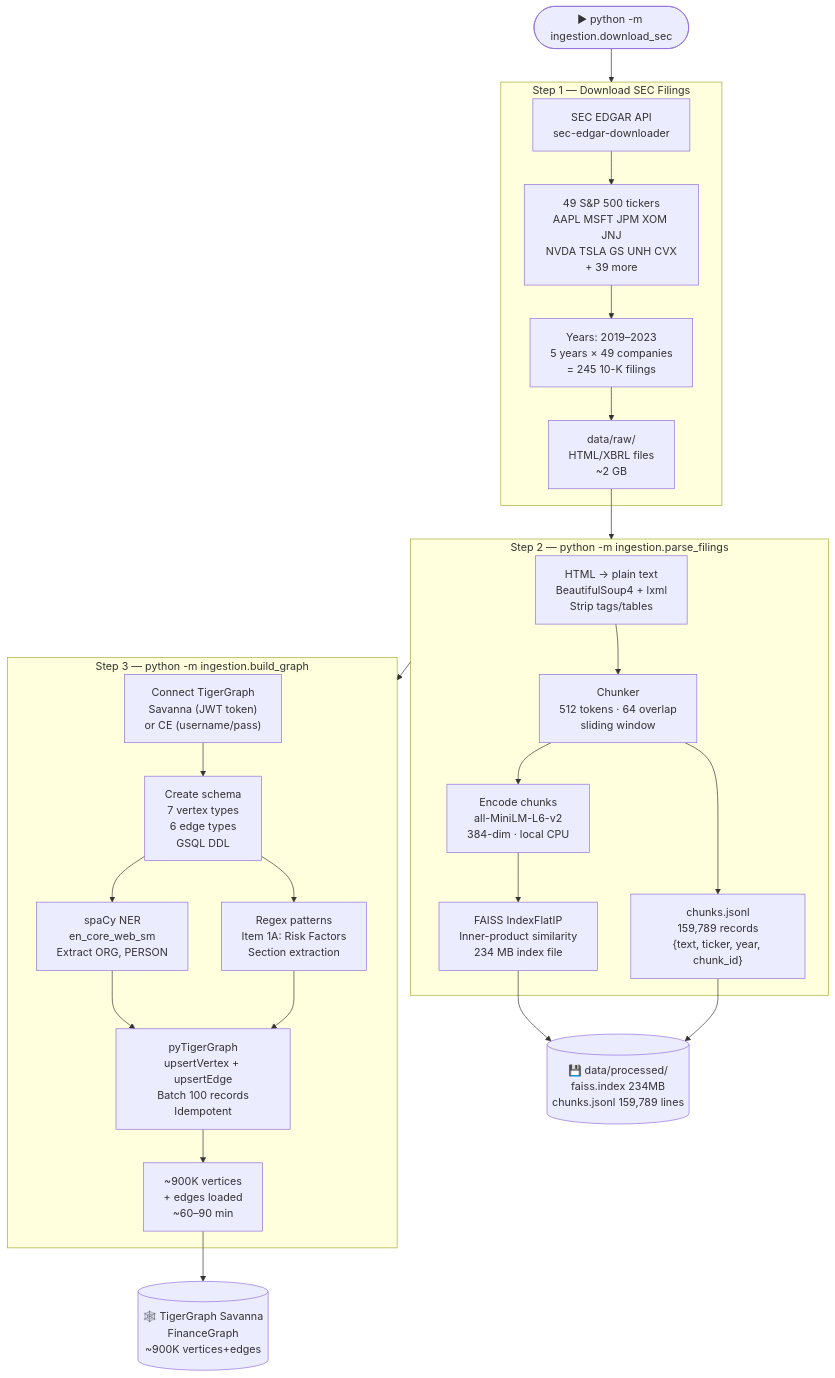
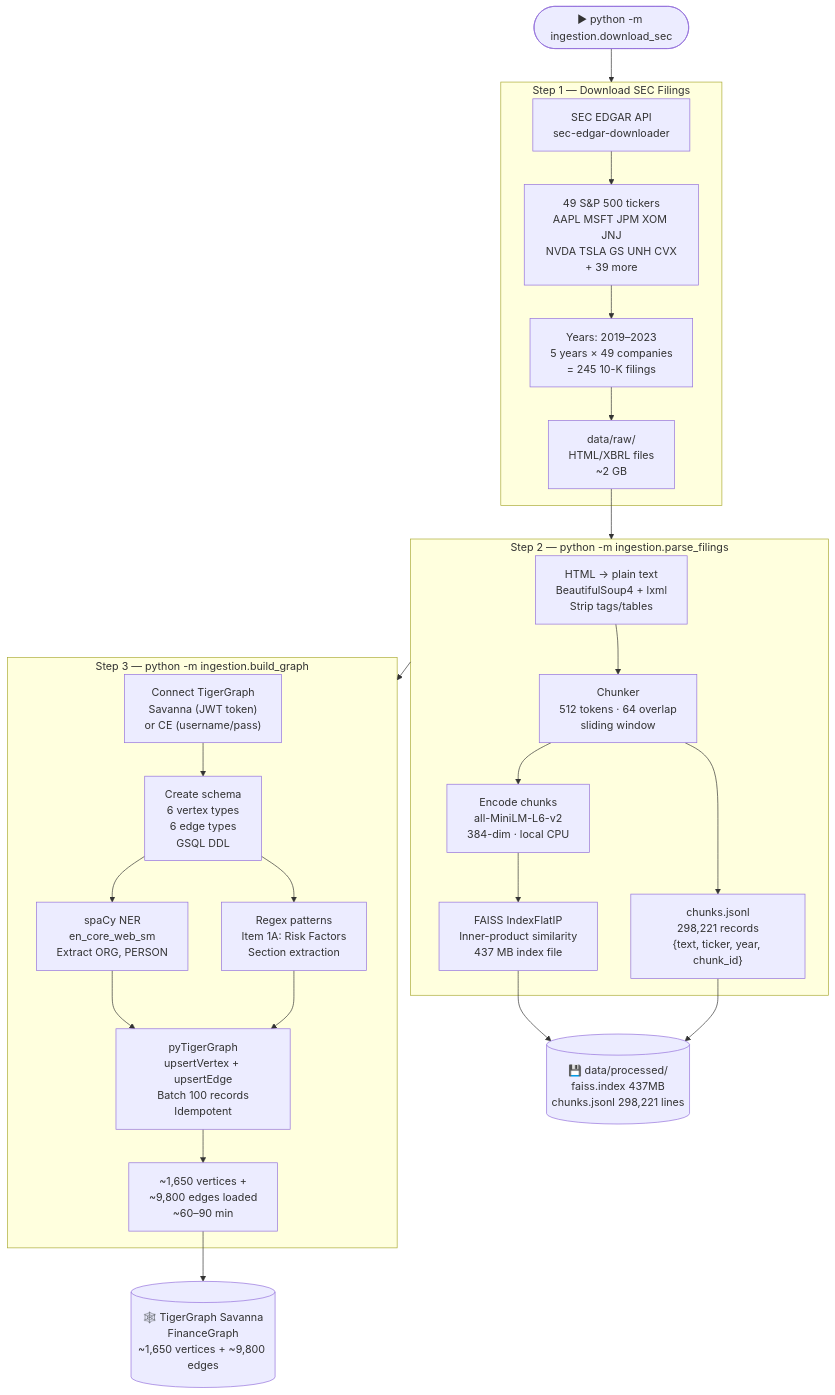
Before and after one commit to AayushG10/graprag-evaluation-piplines: the third of 16 diagrams in architecture.md, drawn with Mermaid. The commit also changed other lines of this file and 14 other files, not shown here.

````diff
--- a/architecture.md
+++ b/architecture.md
@@ -130,45 +130,45 @@
 ```mermaid
 flowchart TD
     START(["▶ python -m ingestion.download_sec"])
 
     subgraph DOWNLOAD["Step 1 — Download SEC Filings"]
         SEC["SEC EDGAR API\nsec-edgar-downloader"]
         TICKERS["49 S&P 500 tickers\nAAPL MSFT JPM XOM JNJ\nNVDA TSLA GS UNH CVX\n+ 39 more"]
         YEARS["Years: 2019–2023\n5 years × 49 companies\n= 245 10-K filings"]
         RAW["data/raw/\nHTML/XBRL files\n~2 GB"]
         SEC --> TICKERS --> YEARS --> RAW
     end
 
     START --> DOWNLOAD
 
     subgraph PARSE["Step 2 — python -m ingestion.parse_filings"]
         HTML["HTML → plain text\nBeautifulSoup4 + lxml\nStrip tags/tables"]
         CHUNK["Chunker\n512 tokens · 64 overlap\nsliding window"]
         EMBED["Encode chunks\nall-MiniLM-L6-v2\n384-dim · local CPU"]
-        FAISS_BUILD["FAISS IndexFlatIP\nInner-product similarity\n234 MB index file"]
-        JSONL["chunks.jsonl\n159,789 records\n{text, ticker, year, chunk_id}"]
+        FAISS_BUILD["FAISS IndexFlatIP\nInner-product similarity\n437 MB index file"]
+        JSONL["chunks.jsonl\n298,221 records\n{text, ticker, year, chunk_id}"]
         HTML --> CHUNK --> EMBED --> FAISS_BUILD
         CHUNK --> JSONL
     end
 
     RAW --> PARSE
 
     subgraph GRAPH["Step 3 — python -m ingestion.build_graph"]
         CONN["Connect TigerGraph\nSavanna (JWT token)\nor CE (username/pass)"]
-        SCHEMA["Create schema\n7 vertex types\n6 edge types\nGSQL DDL"]
+        SCHEMA["Create schema\n6 vertex types\n6 edge types\nGSQL DDL"]
         NER["spaCy NER\nen_core_web_sm\nExtract ORG, PERSON"]
         RISK_RE["Regex patterns\nItem 1A: Risk Factors\nSection extraction"]
         UPSERT["pyTigerGraph\nupsertVertex + upsertEdge\nBatch 100 records\nIdempotent"]
-        RESULT["~900K vertices\n+ edges loaded\n~60–90 min"]
+        RESULT["~1,650 vertices +\n~9,800 edges loaded\n~60–90 min"]
         CONN --> SCHEMA --> NER & RISK_RE --> UPSERT --> RESULT
     end
 
     PARSE --> GRAPH
 
-    OUT1[("💾 data/processed/\nfaiss.index 234MB\nchunks.jsonl 159,789 lines")]
-    OUT2[("🕸️ TigerGraph Savanna\nFinanceGraph\n~900K vertices+edges")]
+    OUT1[("💾 data/processed/\nfaiss.index 437MB\nchunks.jsonl 298,221 lines")]
+    OUT2[("🕸️ TigerGraph Savanna\nFinanceGraph\n~1,650 vertices + ~9,800 edges")]
 
     FAISS_BUILD --> OUT1
     JSONL --> OUT1
     RESULT --> OUT2
 ```
````
